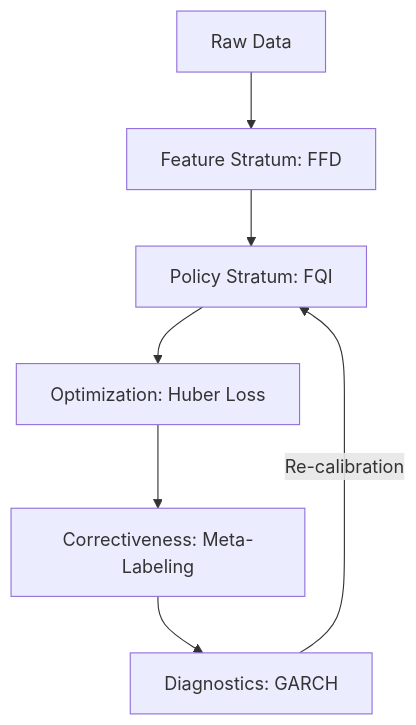
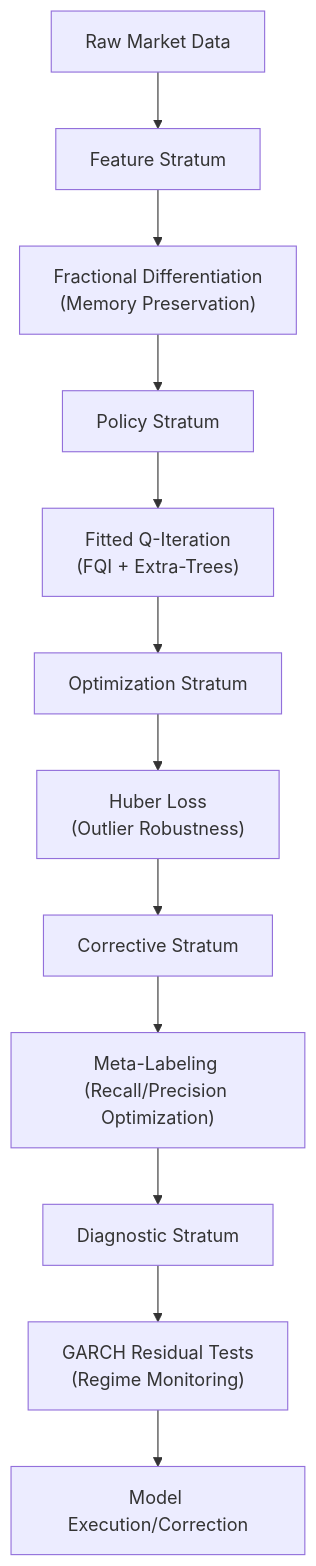
Before and after one commit to yashiigupta/stalker: the second of 2 diagrams in docs/literature_review.md, drawn with Mermaid. The commit also changed other lines of this file and 1 other file, not shown here.

````diff
--- a/docs/literature_review.md
+++ b/docs/literature_review.md
@@ -51,9 +55,14 @@
 ```mermaid
 graph TD
-    A[Raw Data] --> B[Feature Stratum: FFD]
-    B --> C[Policy Stratum: FQI]
-    C --> D[Optimization: Huber Loss]
-    D --> E[Correctiveness: Meta-Labeling]
-    E --> F[Diagnostics: GARCH]
-    F -- Re-calibration --> C
+    A[Raw Market Data] --> B[Feature Stratum]
+    B --> C["Fractional Differentiation <br/>(Memory Preservation)"]
+    C --> D[Policy Stratum]
+    D --> E["Fitted Q-Iteration <br/>(FQI + Extra-Trees)"]
+    E --> F[Optimization Stratum]
+    F --> G["Huber Loss <br/>(Outlier Robustness)"]
+    G --> H[Corrective Stratum]
+    H --> I["Meta-Labeling <br/>(Recall/Precision Optimization)"]
+    I --> J[Diagnostic Stratum]
+    J --> K["GARCH Residual Tests <br/>(Regime Monitoring)"]
+    K --> L[Model Execution/Correction]
 ```
````
